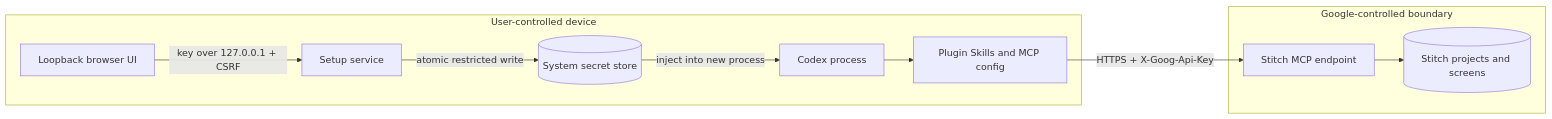
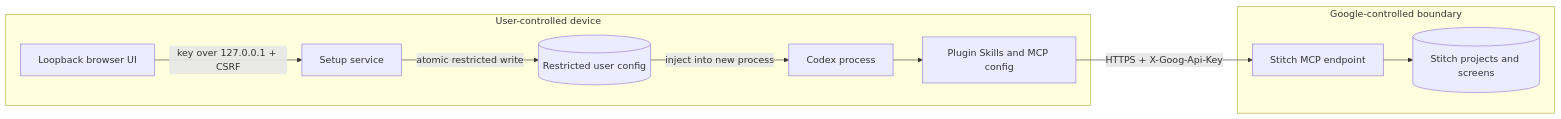
One commit to full-stack-plugins/stitch-design-plugin changed the fourth of 11 diagrams in docs/Stitch-Design-Architecture.md. Above: the diagram before and after it, drawn with Mermaid. The commit also changed other lines of this file and 20 other files, not shown here.

````diff
--- a/docs/Stitch-Design-Architecture.md
+++ b/docs/Stitch-Design-Architecture.md
@@ -85,20 +85,20 @@
 ```mermaid
 flowchart LR
     subgraph Device["User-controlled device"]
       Browser["Loopback browser UI"]
       Setup["Setup service"]
-      Store[("System secret store")]
+      Store[("Restricted user config")]
       Codex["Codex process"]
       Plugin["Plugin Skills and MCP config"]
       Browser -->|"key over 127.0.0.1 + CSRF"| Setup
       Setup -->|"atomic restricted write"| Store
       Store -->|"inject into new process"| Codex
       Codex --> Plugin
     end
     subgraph Google["Google-controlled boundary"]
       MCP["Stitch MCP endpoint"]
       Data[("Stitch projects and screens")]
       MCP --> Data
     end
     Plugin -->|"HTTPS + X-Goog-Api-Key"| MCP
 ```
````
